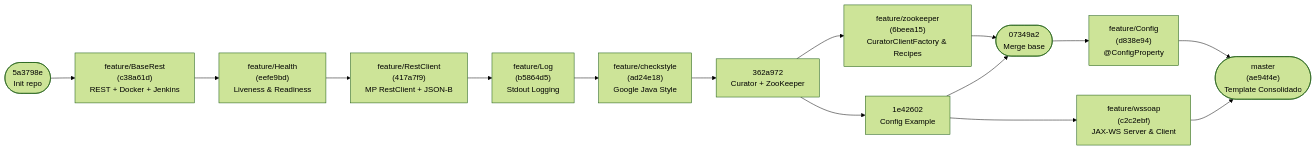
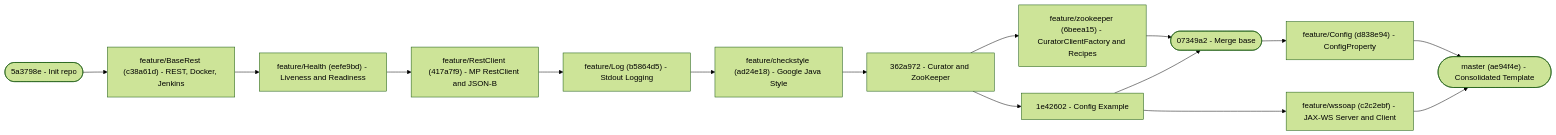
One commit to AlessandroMartini/quarkus-12factor-service-template changed the second of 7 diagrams in README.MD. Above: the diagram before and after it, drawn with Mermaid (forest theme). The commit also changed other lines of this file, not shown here.

Commit message:
docs: translate README to English and fix GitHub Mermaid syntax

````diff
--- a/README.MD
+++ b/README.MD
@@ -108,21 +108,21 @@
 ```mermaid
 flowchart LR
-    INIT(["5a3798e<br/>Init repo"]) --> BR["feature/BaseRest<br/>(c38a61d)<br/>REST + Docker + Jenkins"]
-    BR --> HL["feature/Health<br/>(eefe9bd)<br/>Liveness & Readiness"]
-    HL --> RC["feature/RestClient<br/>(417a7f9)<br/>MP RestClient + JSON-B"]
-    RC --> LG["feature/Log<br/>(b5864d5)<br/>Stdout Logging"]
-    LG --> CS["feature/checkstyle<br/>(ad24e18)<br/>Google Java Style"]
-    CS --> ZK_BASE["362a972<br/>Curator + ZooKeeper"]
+    INIT(["5a3798e - Init repo"]) --> BR["feature/BaseRest (c38a61d) - REST, Docker, Jenkins"]
+    BR --> HL["feature/Health (eefe9bd) - Liveness and Readiness"]
+    HL --> RC["feature/RestClient (417a7f9) - MP RestClient and JSON-B"]
+    RC --> LG["feature/Log (b5864d5) - Stdout Logging"]
+    LG --> CS["feature/checkstyle (ad24e18) - Google Java Style"]
+    CS --> ZK_BASE["362a972 - Curator and ZooKeeper"]
 
-    ZK_BASE --> ZK["feature/zookeeper<br/>(6beea15)<br/>CuratorClientFactory & Recipes"]
-    ZK_BASE --> CFG_BASE["1e42602<br/>Config Example"]
+    ZK_BASE --> ZK["feature/zookeeper (6beea15) - CuratorClientFactory and Recipes"]
+    ZK_BASE --> CFG_BASE["1e42602 - Config Example"]
 
-    ZK --> MRG1(["07349a2<br/>Merge base"])
+    ZK --> MRG1(["07349a2 - Merge base"])
     CFG_BASE --> MRG1
-    MRG1 --> CFG["feature/Config<br/>(d838e94)<br/>@ConfigProperty"]
+    MRG1 --> CFG["feature/Config (d838e94) - ConfigProperty"]
 
-    CFG_BASE --> SOAP["feature/wssoap<br/>(c2c2ebf)<br/>JAX-WS Server & Client"]
+    CFG_BASE --> SOAP["feature/wssoap (c2c2ebf) - JAX-WS Server and Client"]
 
-    SOAP --> MASTER(["master<br/>(ae94f4e)<br/>Template Consolidado"])
+    SOAP --> MASTER(["master (ae94f4e) - Consolidated Template"])
     CFG --> MASTER
 ```
````
